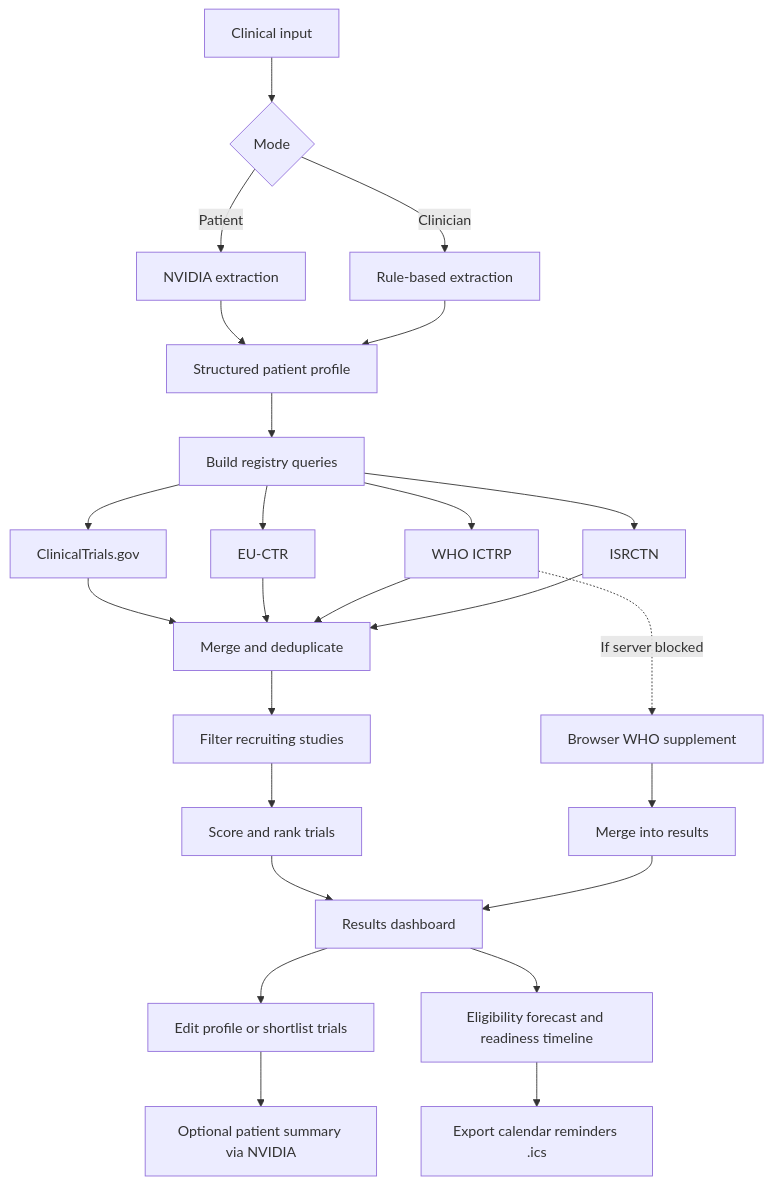
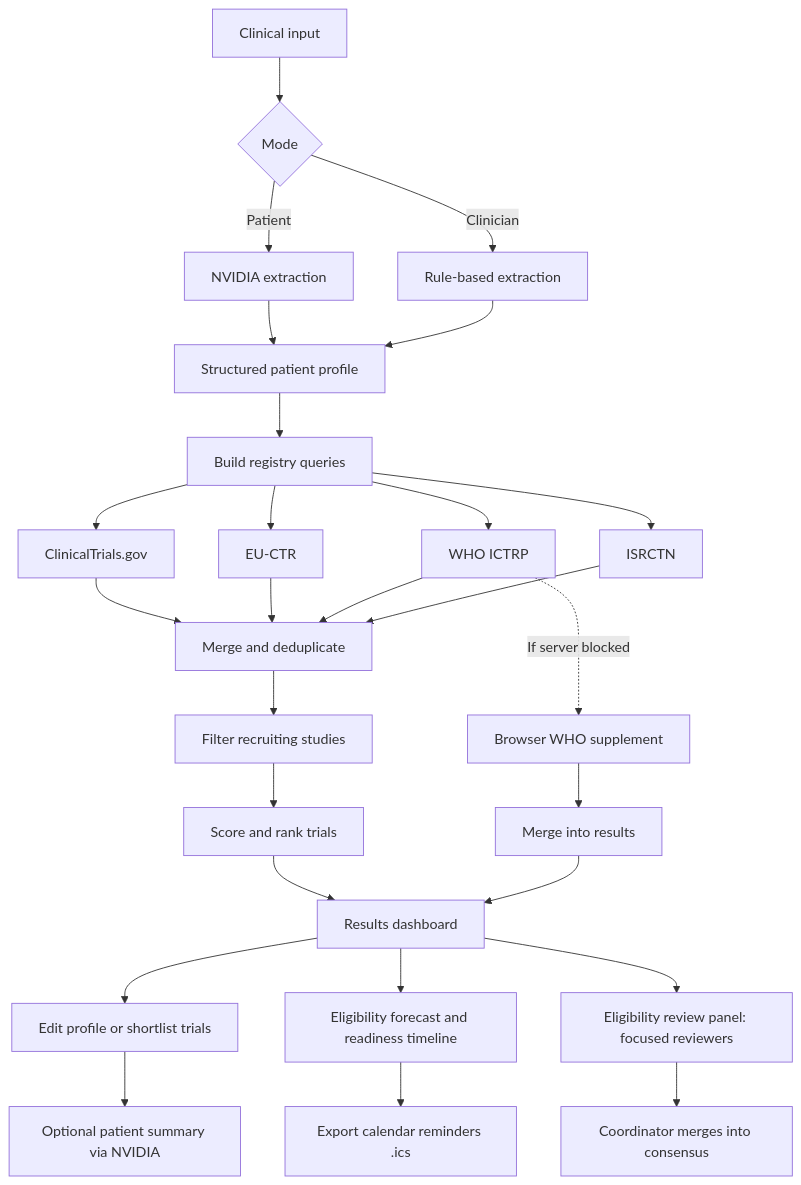
The diagram in README.md (Konseptt/clinical-trial-matcher), drawn with Mermaid before and after one commit. The commit also changed other lines of this file and 8 other files, not shown here.

````diff
--- a/README.md
+++ b/README.md
@@ -79,33 +93,36 @@
 ```mermaid
 flowchart TD
   A[Clinical input] --> B{Mode}
   B -->|Patient| C[NVIDIA extraction]
   B -->|Clinician| D[Rule-based extraction]
   C --> E[Structured patient profile]
   D --> E
 
   E --> F[Build registry queries]
   F --> G[ClinicalTrials.gov]
   F --> H[EU-CTR]
   F --> I[WHO ICTRP]
   F --> J[ISRCTN]
 
   G --> K[Merge and deduplicate]
   H --> K
   I --> K
   J --> K
 
   K --> L[Filter recruiting studies]
   L --> M[Score and rank trials]
   M --> N[Results dashboard]
 
   I -.->|If server blocked| O[Browser WHO supplement]
   O --> P[Merge into results]
   P --> N
 
   N --> Q[Edit profile or shortlist trials]
   Q --> R[Optional patient summary via NVIDIA]
 
   N --> S[Eligibility forecast and readiness timeline]
   S --> T[Export calendar reminders .ics]
+
+  N --> U[Eligibility review panel: focused reviewers]
+  U --> V[Coordinator merges into consensus]
 ```
````
